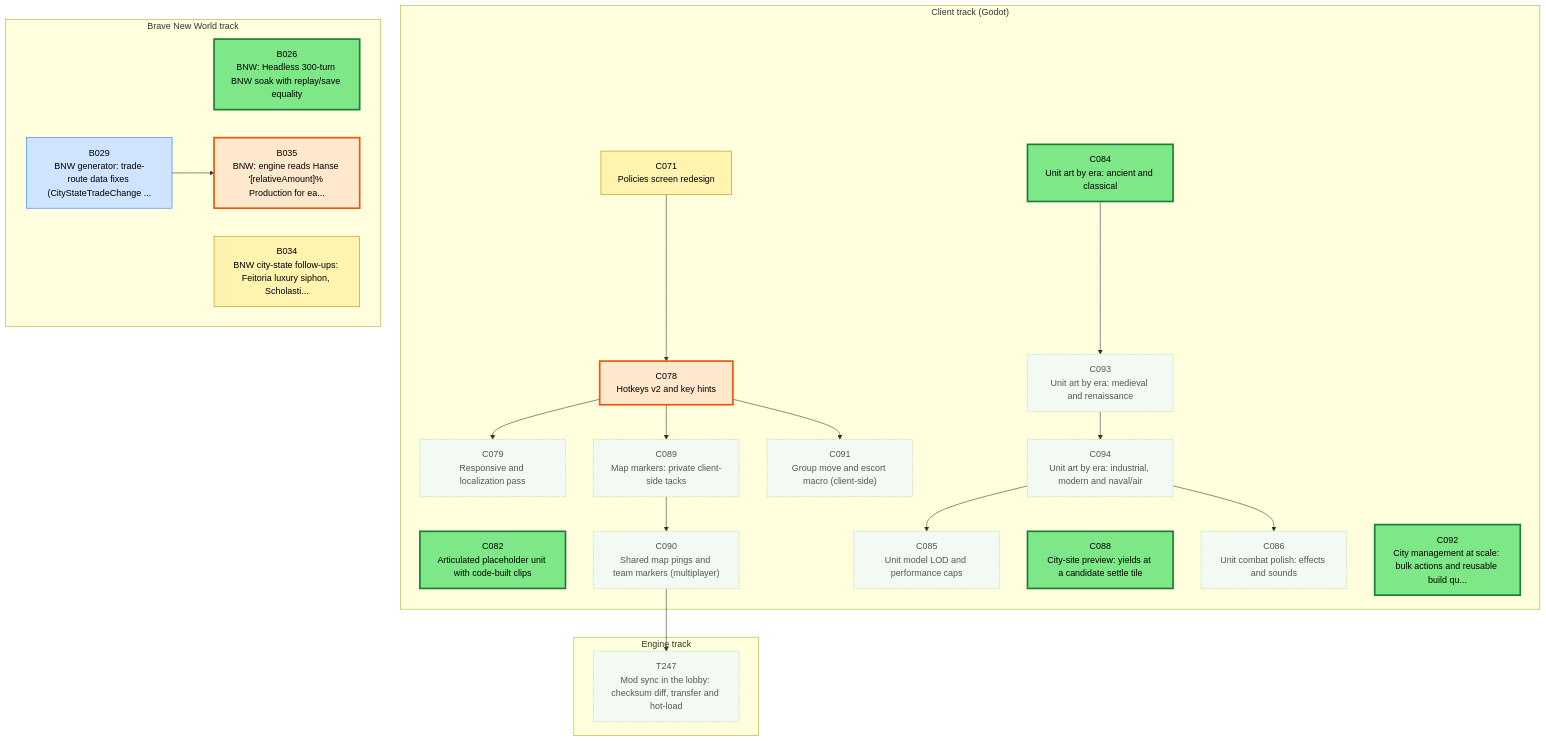
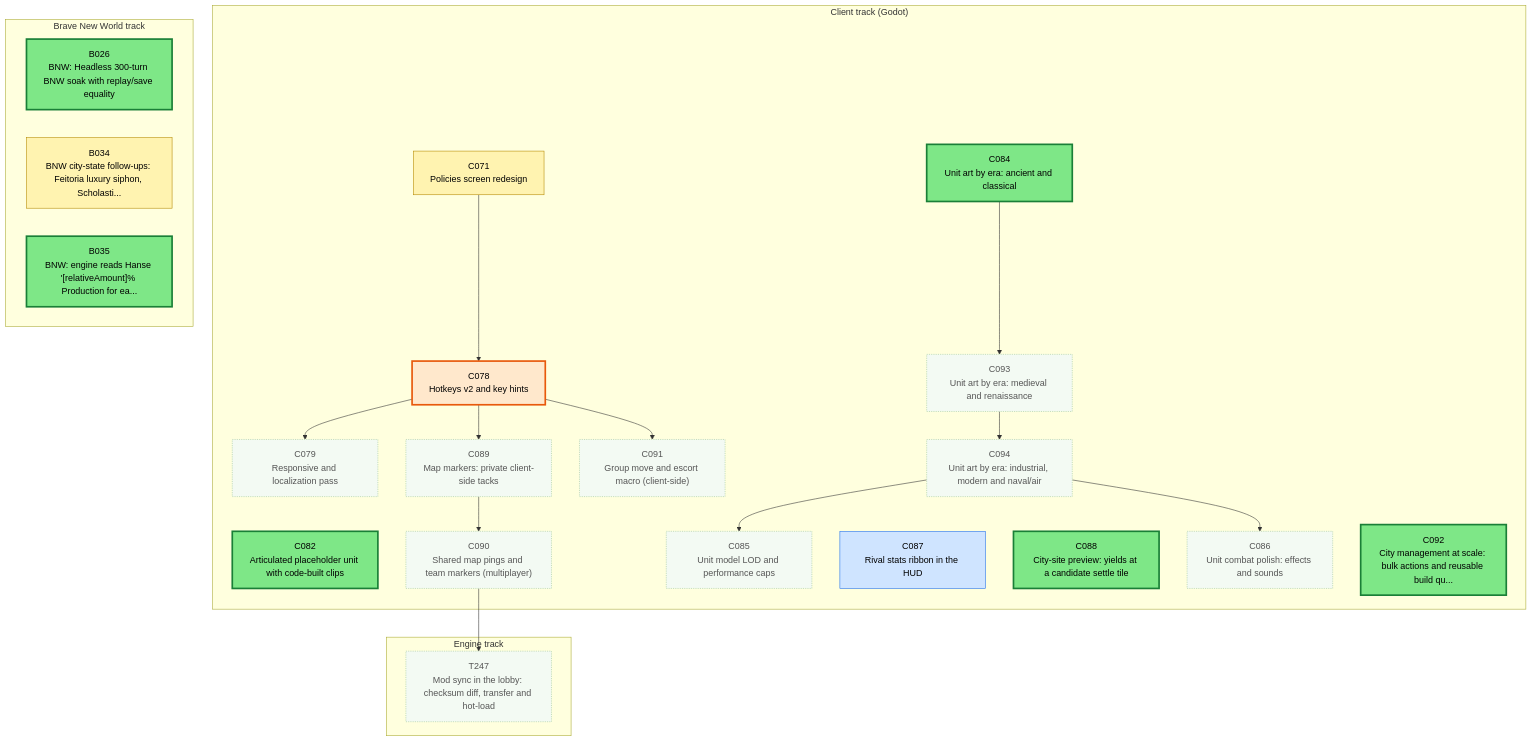
The first of 3 diagrams in csharp/migration/DEPENDENCY_MAP.md (Kenmura/Unciv), drawn with Mermaid before and after one commit. The commit also changed other lines of this file and 1 other file, not shown here.

Commit message:
migration: review B029 pass [Adversarial Review]

````diff
--- a/csharp/migration/DEPENDENCY_MAP.md
+++ b/csharp/migration/DEPENDENCY_MAP.md
@@ -25,65 +25,64 @@
 ```mermaid
 flowchart TD
   subgraph TTRACK["Engine track"]
     T247["T247<br/>Mod sync in the lobby: checksum diff, transfer and hot-load"]
   end
   subgraph CTRACK["Client track (Godot)"]
     C071["C071<br/>Policies screen redesign"]
     C078["C078<br/>Hotkeys v2 and key hints"]
     C079["C079<br/>Responsive and localization pass"]
     C082["C082<br/>Articulated placeholder unit with code-built clips"]
     C084["C084<br/>Unit art by era: ancient and classical"]
     C085["C085<br/>Unit model LOD and performance caps"]
     C086["C086<br/>Unit combat polish: effects and sounds"]
+    C087["C087<br/>Rival stats ribbon in the HUD"]
     C088["C088<br/>City-site preview: yields at a candidate settle tile"]
     C089["C089<br/>Map markers: private client-side tacks"]
     C090["C090<br/>Shared map pings and team markers (multiplayer)"]
     C091["C091<br/>Group move and escort macro (client-side)"]
     C092["C092<br/>City management at scale: bulk actions and reusable build qu..."]
     C093["C093<br/>Unit art by era: medieval and renaissance"]
     C094["C094<br/>Unit art by era: industrial, modern and naval/air"]
   end
   subgraph BTRACK["Brave New World track"]
     B026["B026<br/>BNW: Headless 300-turn BNW soak with replay/save equality"]
-    B029["B029<br/>BNW generator: trade-route data fixes (CityStateTradeChange ..."]
     B034["B034<br/>BNW city-state follow-ups: Feitoria luxury siphon, Scholasti..."]
     B035["B035<br/>BNW: engine reads Hanse '[relativeAmount]% Production for ea..."]
   end
   C090 --> T247
   C071 --> C078
   C078 --> C079
   C094 --> C085
   C094 --> C086
   C078 --> C089
   C089 --> C090
   C078 --> C091
   C084 --> C093
   C093 --> C094
-  B029 --> B035
   classDef waiting fill:#f3faf3,stroke:#9bc49b,color:#555,stroke-dasharray:2 2
   classDef ondeck fill:#ffe8cc,stroke:#e8590c,stroke-width:3px,color:#000
   classDef ready fill:#7ee787,stroke:#1a7f37,stroke-width:3px,color:#000
   classDef prog fill:#fff3b0,stroke:#b58900,color:#000
   classDef review fill:#cfe4ff,stroke:#1f6feb,color:#000
   classDef blocked fill:#ffd6d6,stroke:#c62828,color:#000
   classDef done fill:#eeeeee,stroke:#999999,color:#666,stroke-dasharray:4 3
   class B026 ready
-  class B029 review
   class B034 prog
-  class B035 ondeck
+  class B035 ready
   class C071 prog
   class C078 ondeck
   class C079 waiting
   class C082 ready
   class C084 ready
   class C085 waiting
   class C086 waiting
+  class C087 review
   class C088 ready
   class C089 waiting
   class C090 waiting
   class C091 waiting
   class C092 ready
   class C093 waiting
   class C094 waiting
   class T247 waiting
 ```
````
